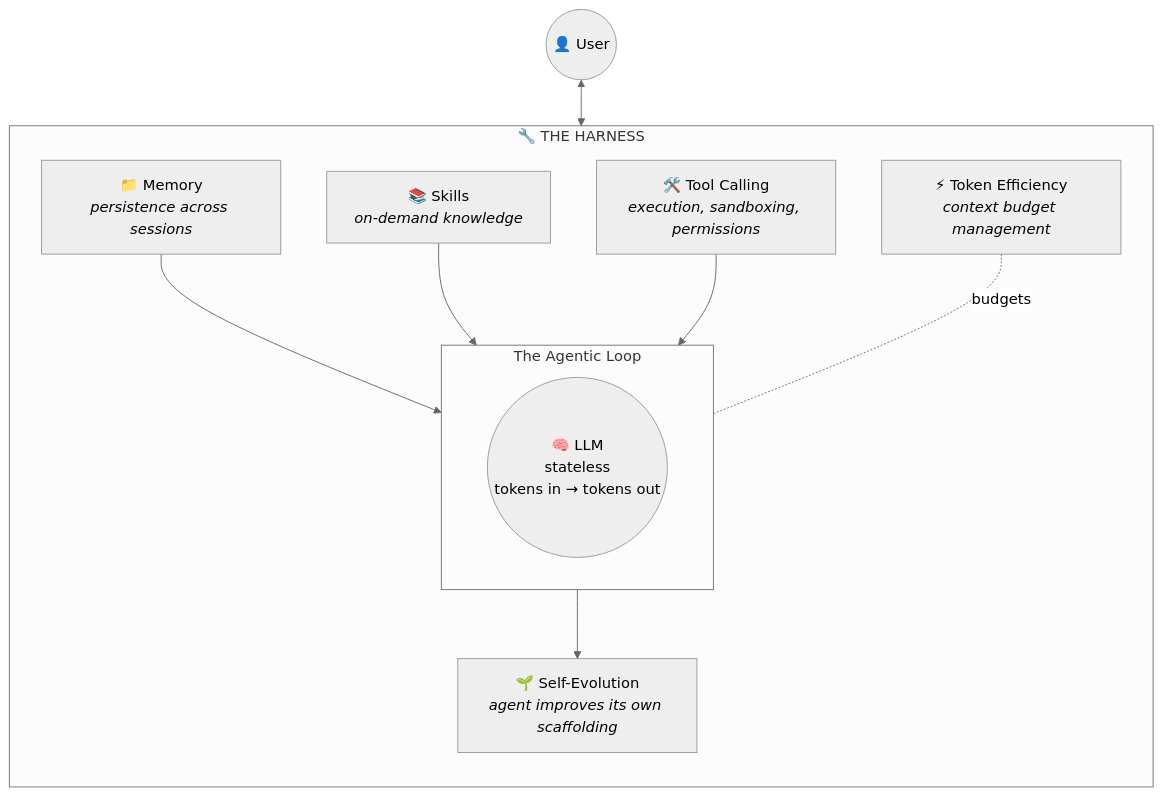
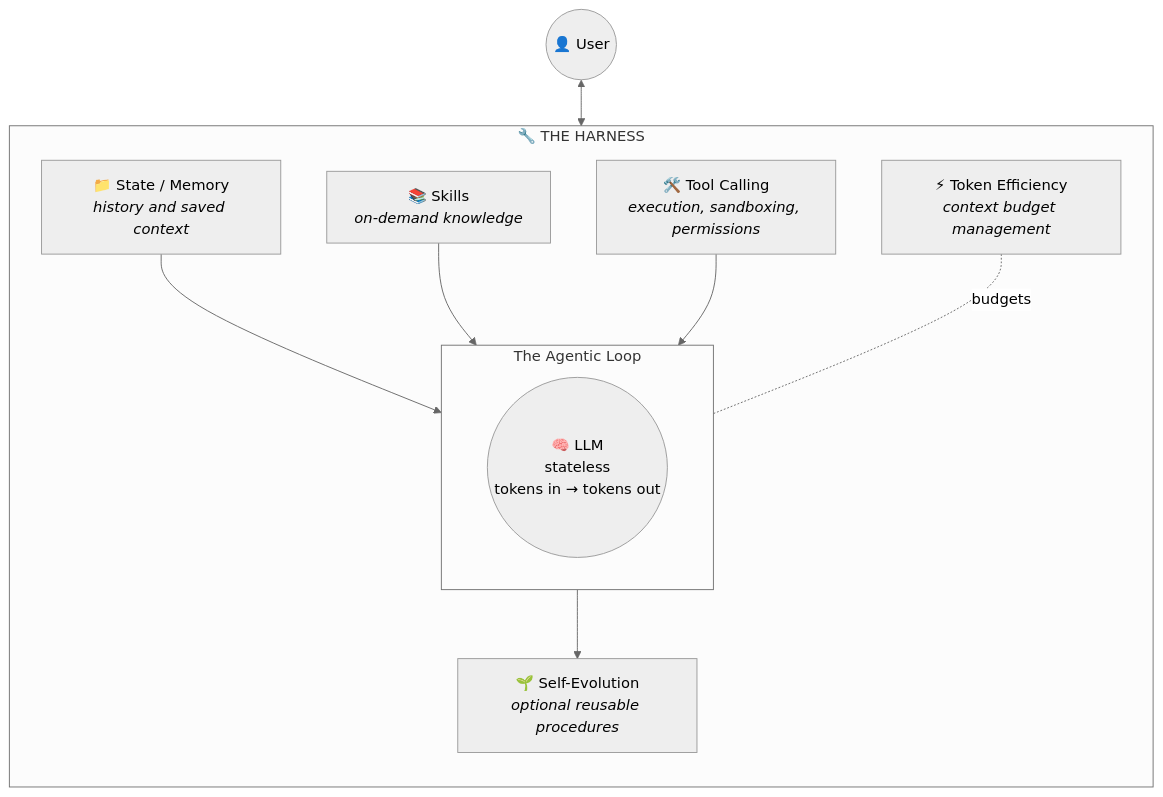
One commit to brevdev/workshop-build-an-agent changed the diagram in .devx/7-agent-harnesses/img/harness_anatomy.mmd. Above: the diagram before and after it, drawn with Mermaid (neutral theme). The commit also changed 327 other files, not shown here.

```diff
--- a/.devx/7-agent-harnesses/img/harness_anatomy.mmd
+++ b/.devx/7-agent-harnesses/img/harness_anatomy.mmd
@@ -1,18 +1,18 @@
 flowchart TB
     subgraph HARNESS["🔧 THE HARNESS"]
         direction TB
-        MEM["📁 Memory<br/><i>persistence across sessions</i>"]
+        MEM["📁 State / Memory<br/><i>history and saved context</i>"]
         SKILLS["📚 Skills<br/><i>on-demand knowledge</i>"]
         TOOLS["🛠️ Tool Calling<br/><i>execution, sandboxing, permissions</i>"]
-        EVOLVE["🌱 Self-Evolution<br/><i>agent improves its own scaffolding</i>"]
+        EVOLVE["🌱 Self-Evolution<br/><i>optional reusable procedures</i>"]
         TOKENS["⚡ Token Efficiency<br/><i>context budget management</i>"]
         subgraph LOOP["The Agentic Loop"]
             LLM(("🧠 LLM<br/>stateless<br/>tokens in → tokens out"))
         end
         MEM --> LOOP
         SKILLS --> LOOP
         TOOLS --> LOOP
         LOOP --> EVOLVE
         TOKENS -.budgets.- LOOP
     end
     USER(("👤 User")) <--> HARNESS
```
